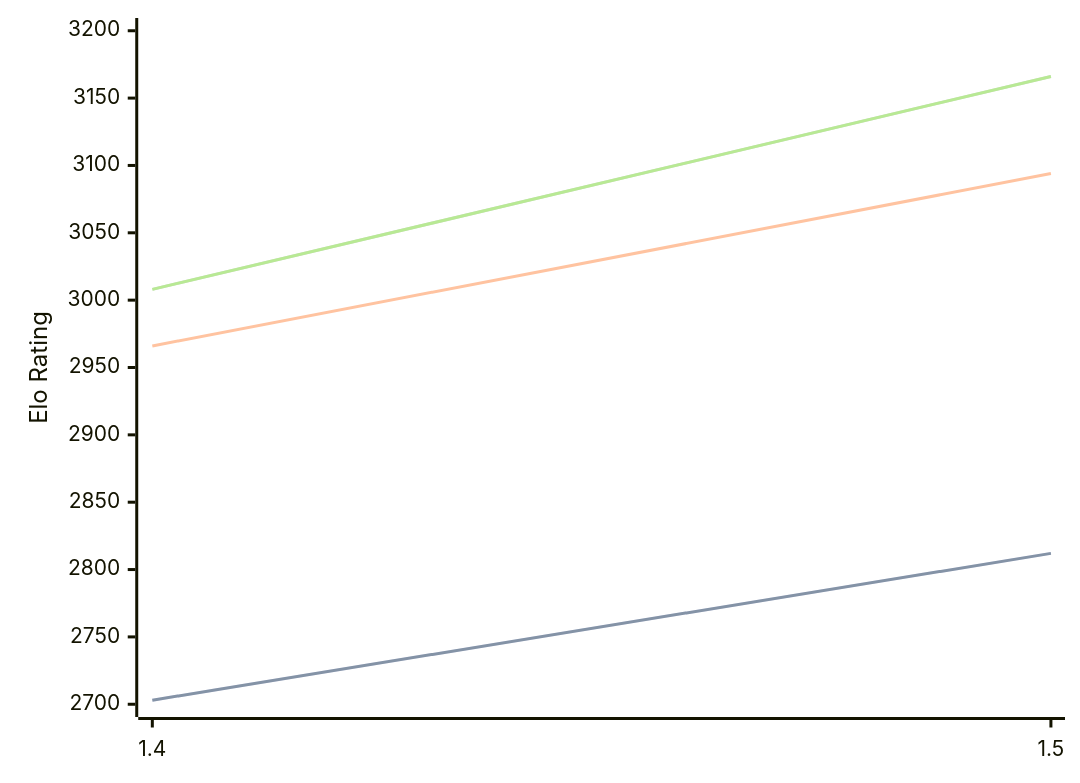
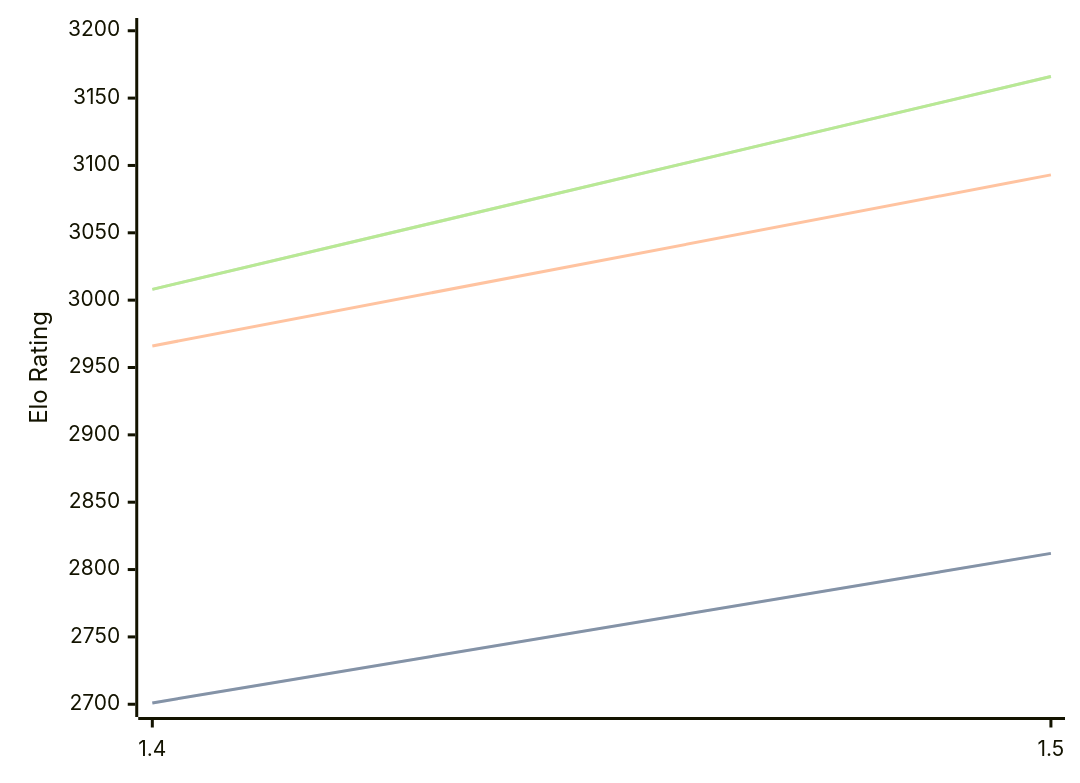
One commit to computer-chess-index/cci changed the diagram in engines/Yakka.md. Above: the diagram before and after it, drawn with Mermaid. The commit also changed other lines of this file, not shown here.

Commit message:
Update CCI Ratings (ELO VLTC) - 2026-02-27

````diff
--- a/engines/Yakka.md
+++ b/engines/Yakka.md
@@ -34,11 +34,11 @@
 ```mermaid
 %%{init: {"theme":"base","themeVariables":{"seriesColors:['#a3a3a3','#222221','#faa371']}}}%%
 xychart-beta
   x-axis ["1.4", "1.5"]
   y-axis "Elo Rating" 2700 --> 3200
-  line "STC (8.0+0.08s)" [2703, 2812]
-  line "STC (8.0+0.08s)" [2703, 2812]
-  line "LTC (60.0+0.60s)" [2966, 3094]
+  line "STC (8.0+0.08s)" [2701, 2812]
+  line "STC (8.0+0.08s)" [2701, 2812]
+  line "LTC (60.0+0.60s)" [2966, 3093]
   line "VLTC (2m24s+1.12s)" [3008, 3166]
   line "VLTC (2m24s+1.12s)" [3008, 3166]
 ```
````
